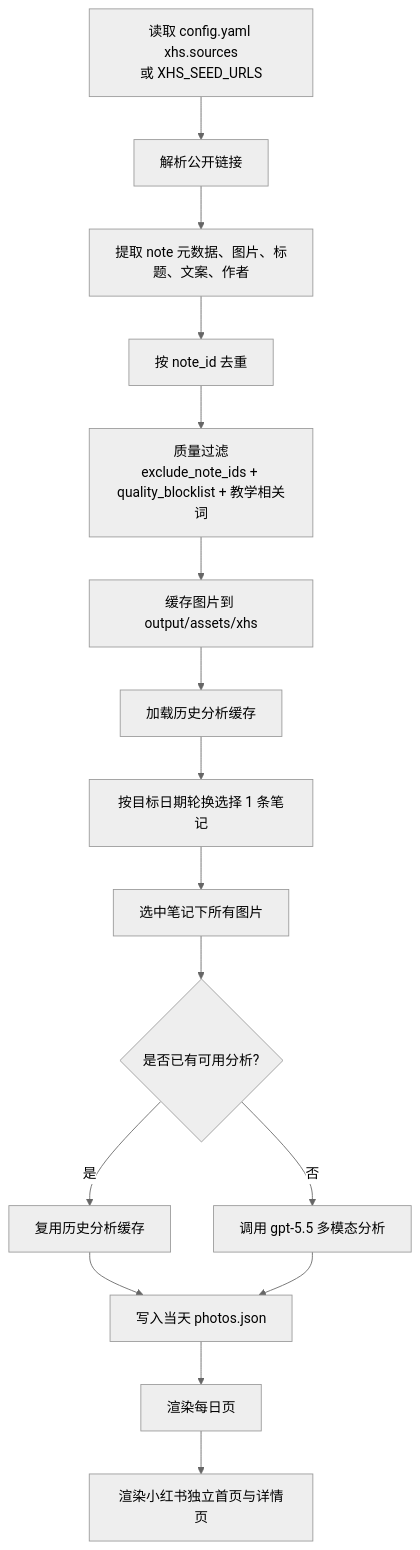
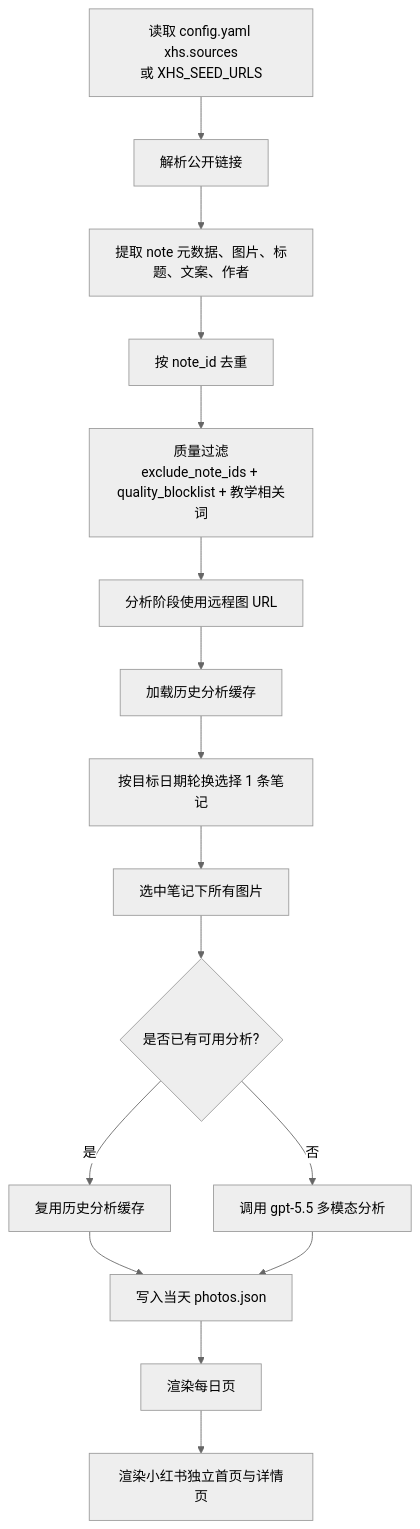
One commit to krisaruz/daily-photo-coach changed the fourth of 9 diagrams in docs/PRD.md. Above: the diagram before and after it, drawn with Mermaid (neutral theme). The commit also changed other lines of this file and 1060 other files, not shown here.

````diff
--- a/docs/PRD.md
+++ b/docs/PRD.md
@@ -309,18 +306,18 @@
 ```mermaid
 flowchart TD
     A[读取 config.yaml xhs.sources<br/>或 XHS_SEED_URLS] --> B[解析公开链接]
     B --> C[提取 note 元数据、图片、标题、文案、作者]
     C --> D[按 note_id 去重]
     D --> E[质量过滤<br/>exclude_note_ids + quality_blocklist + 教学相关词]
-    E --> F[缓存图片到 output/assets/xhs]
+    E --> F[分析阶段使用远程图 URL]
     F --> G[加载历史分析缓存]
     G --> H[按目标日期轮换选择 1 条笔记]
     H --> I[选中笔记下所有图片]
     I --> J{是否已有可用分析?}
     J -- 是 --> K[复用历史分析缓存]
     J -- 否 --> L[调用 gpt-5.5 多模态分析]
     K --> M[写入当天 photos.json]
     L --> M
     M --> N[渲染每日页]
     N --> O[渲染小红书独立首页与详情页]
 ```
````
